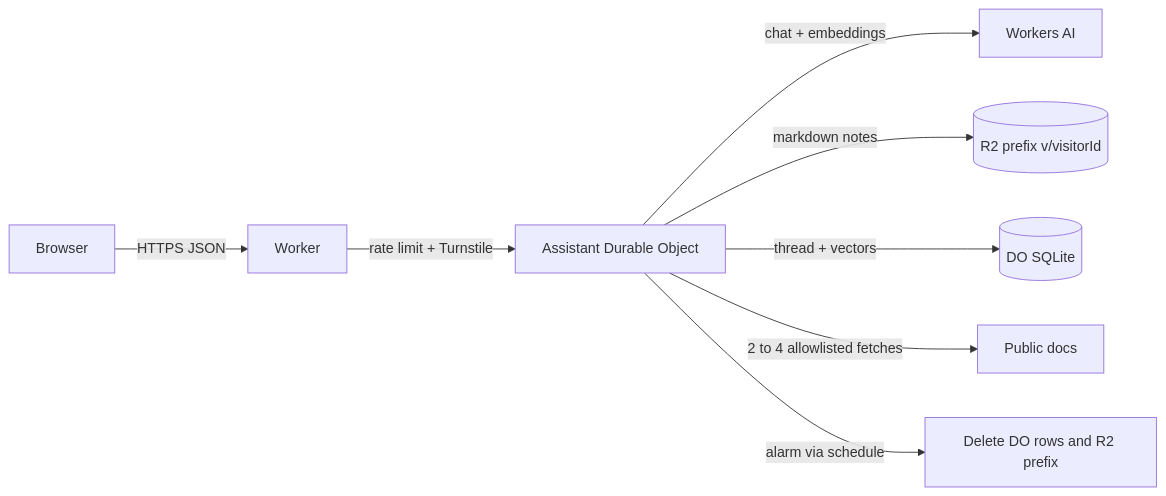
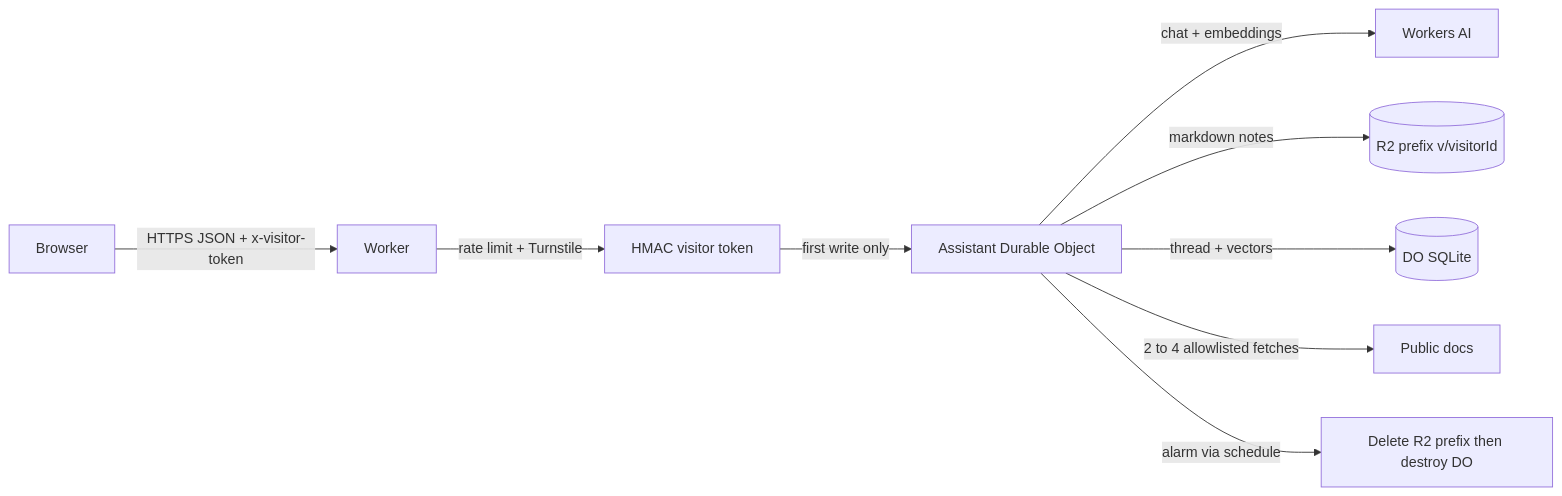
Before and after one commit to theserverlessdev/tech-demos: the diagram in demos/personal-agent/PLAN.md, drawn with Mermaid. The commit also changed other lines of this file and 29 other files, not shown here.

First line of the commit message:
personal-agent: close catalog 502, GET Durable Object leak, and recall floor (#38)

````diff
--- a/demos/personal-agent/PLAN.md
+++ b/demos/personal-agent/PLAN.md
@@ -58,10 +58,11 @@
 ```mermaid
 flowchart LR
-  browser[Browser] -->|HTTPS JSON| worker[Worker]
-  worker -->|rate limit + Turnstile| assistant[Assistant Durable Object]
+  browser[Browser] -->|HTTPS JSON + x-visitor-token| worker[Worker]
+  worker -->|rate limit + Turnstile| grant[HMAC visitor token]
+  grant -->|first write only| assistant[Assistant Durable Object]
   assistant -->|chat + embeddings| ai[Workers AI]
   assistant -->|markdown notes| r2[(R2 prefix v/visitorId)]
   assistant -->|thread + vectors| sqlite[(DO SQLite)]
   assistant -->|2 to 4 allowlisted fetches| web[Public docs]
-  assistant -->|alarm via schedule| purge[Delete DO rows and R2 prefix]
+  assistant -->|alarm via schedule| purge[Delete R2 prefix then destroy DO]
 ```
````
